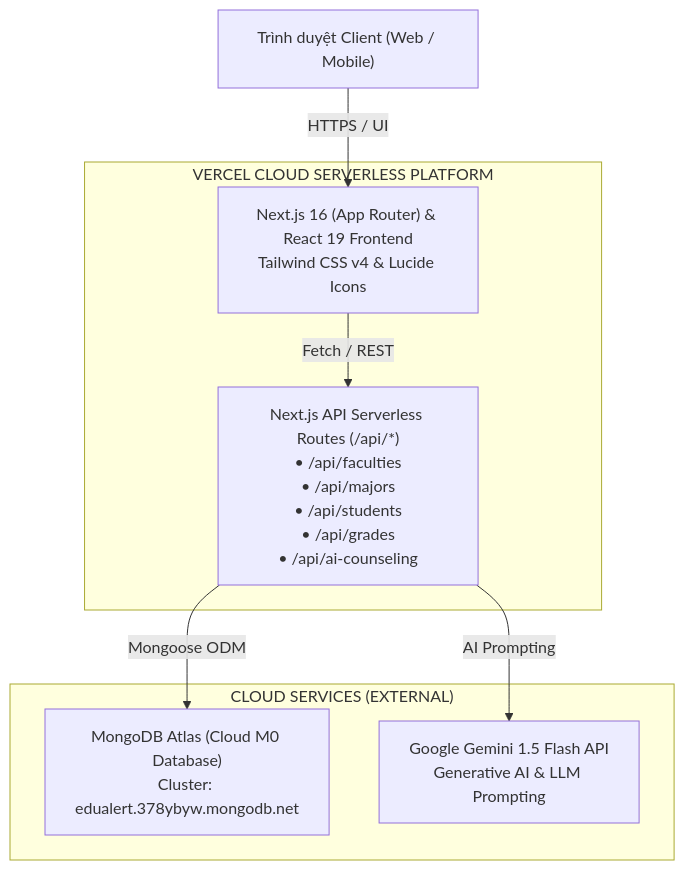
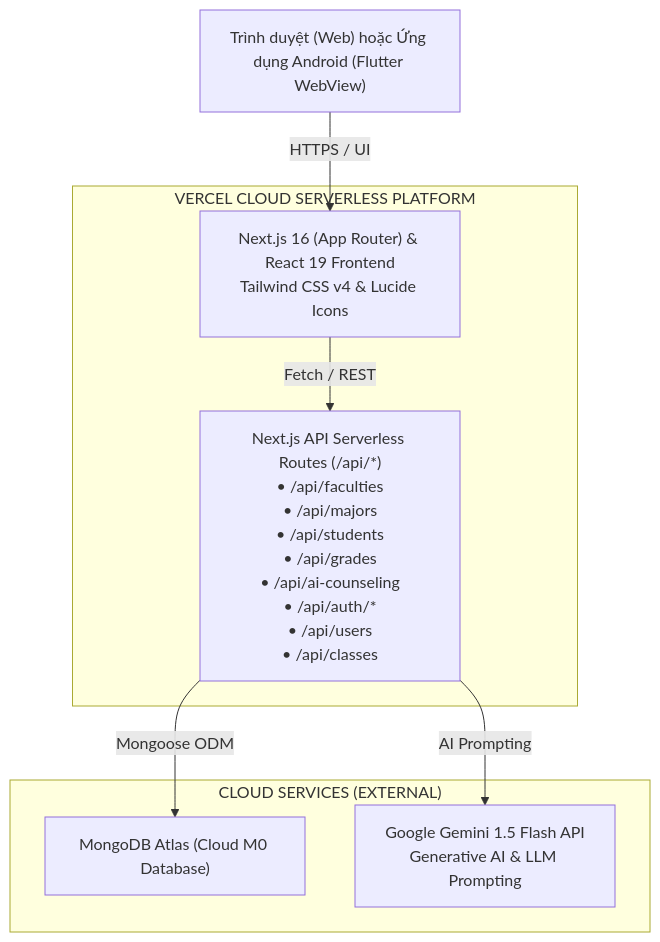
Before and after one commit to legiahan2705/Project-EduAlert: the first of 3 diagrams in docs/BAO_CAO_TONG_KET_DU_AN_EDUALERT.md, drawn with Mermaid. The commit also changed other lines of this file and 23 other files, not shown here.

````diff
--- a/docs/BAO_CAO_TONG_KET_DU_AN_EDUALERT.md
+++ b/docs/BAO_CAO_TONG_KET_DU_AN_EDUALERT.md
@@ -81,19 +81,19 @@
 ```mermaid
 flowchart TD
-    Client["Trình duyệt Client (Web / Mobile)"]
+    Client["Trình duyệt (Web) hoặc Ứng dụng Android (Flutter WebView)"]
 
     subgraph VERCEL["VERCEL CLOUD SERVERLESS PLATFORM"]
         FE["Next.js 16 (App Router) & React 19 Frontend\nTailwind CSS v4 & Lucide Icons"]
-        API["Next.js API Serverless Routes (/api/*)\n• /api/faculties\n• /api/majors\n• /api/students\n• /api/grades\n• /api/ai-counseling"]
+        API["Next.js API Serverless Routes (/api/*)\n• /api/faculties\n• /api/majors\n• /api/students\n• /api/grades\n• /api/ai-counseling\n• /api/auth/*\n• /api/users\n• /api/classes"]
     end
 
     subgraph CLOUD["CLOUD SERVICES (EXTERNAL)"]
-        Mongo["MongoDB Atlas (Cloud M0 Database)\nCluster: edualert.378ybyw.mongodb.net"]
+        Mongo["MongoDB Atlas (Cloud M0 Database)"]
         Gemini["Google Gemini 1.5 Flash API\nGenerative AI & LLM Prompting"]
     end
 
     Client -->|HTTPS / UI| FE
     FE -->|Fetch / REST| API
     API -->|Mongoose ODM| Mongo
     API -->|AI Prompting| Gemini
 ```
````
